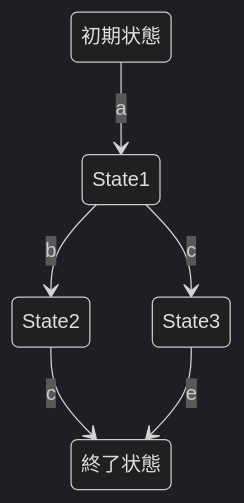
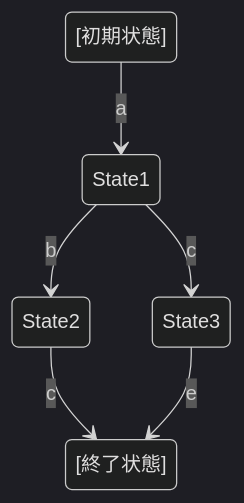
Before and after one commit to fujitayy/learn-regex-engine: the first of 6 diagrams in README.md, drawn with Mermaid (dark theme).

````diff
--- a/README.md
+++ b/README.md
@@ -52,8 +52,8 @@
 ```mermaid
 stateDiagram-v2
-    初期状態 --> State1 : a
+    [初期状態] --> State1 : a
     State1 --> State2 : b
     State1 --> State3 : c
-    State2 --> 終了状態 : c
-    State3 --> 終了状態 : e
+    State2 --> [終了状態] : c
+    State3 --> [終了状態] : e
 ```
````
